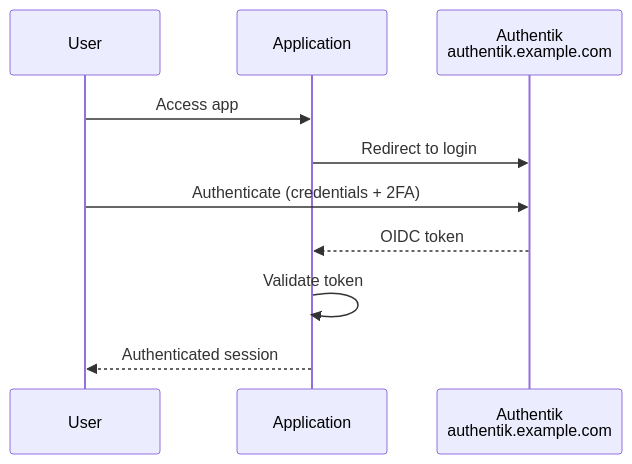
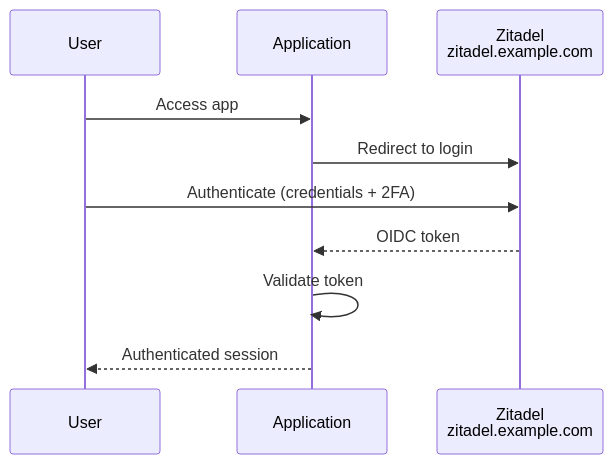
One commit to lucid-void/homelab changed the first of 3 diagrams in docs/operations/security.md. Above: the diagram before and after it, drawn with Mermaid. The commit also changed other lines of this file and 6 other files, not shown here.

````diff
--- a/docs/operations/security.md
+++ b/docs/operations/security.md
@@ -23,13 +23,13 @@
 ```mermaid
 sequenceDiagram
     participant U as User
     participant App as Application
-    participant AK as Authentik<br/>authentik.example.com
+    participant ZI as Zitadel<br/>zitadel.example.com
 
     U->>App: Access app
-    App->>AK: Redirect to login
-    U->>AK: Authenticate (credentials + 2FA)
-    AK-->>App: OIDC token
+    App->>ZI: Redirect to login
+    U->>ZI: Authenticate (credentials + 2FA)
+    ZI-->>App: OIDC token
     App->>App: Validate token
     App-->>U: Authenticated session
 ```
````
